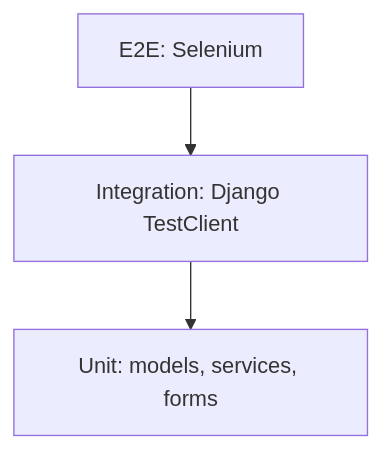
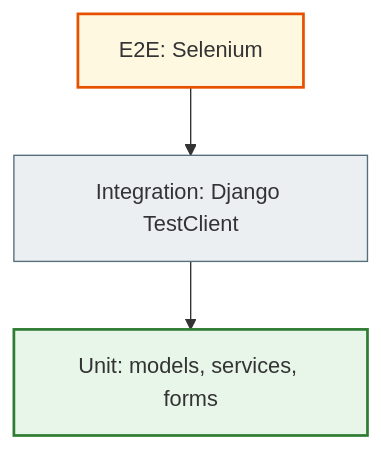
The sixth of 8 diagrams in docs/ARCHITECTURE.md (NikoriakViktot/notes_chat_app), drawn with Mermaid before and after one commit. The commit also changed other lines of this file and 441 other files, not shown here.

First line of the commit message:
Add English version of the book, Mermaid standard, docs fixes

````diff
--- a/docs/ARCHITECTURE.md
+++ b/docs/ARCHITECTURE.md
@@ -85,5 +107,13 @@
 ```mermaid
 flowchart TD
     E2E["E2E: Selenium"] --> Integration["Integration: Django TestClient"]
     Integration --> Unit["Unit: models, services, forms"]
+
+    classDef step     fill:#eceff1,stroke:#546e7a,stroke-width:1px;
+    classDef success  fill:#e8f5e9,stroke:#2e7d32,stroke-width:2px;
+    classDef warning  fill:#fff8e1,stroke:#e65100,stroke-width:2px;
+
+    class Integration step;
+    class Unit success;
+    class E2E warning;
 ```
````
